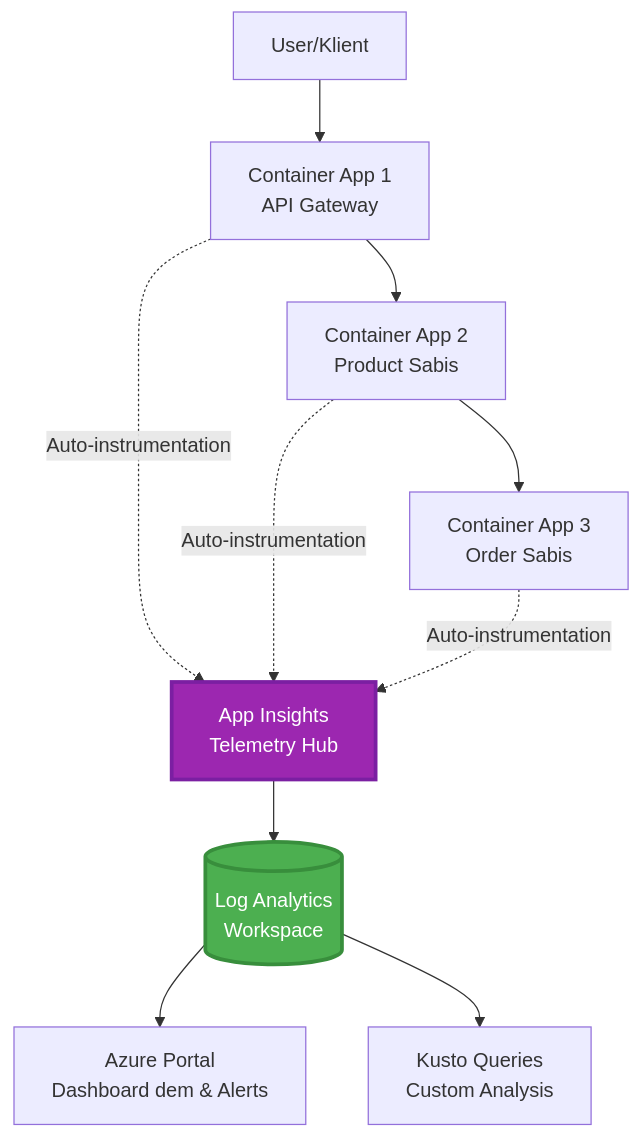
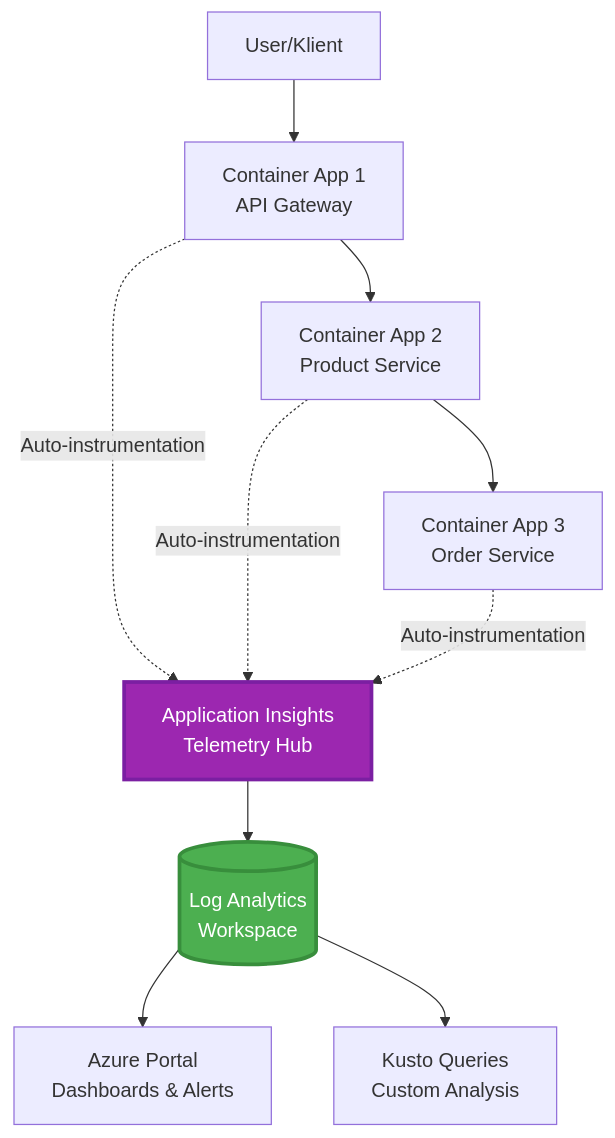
The first of 2 diagrams in translations/pcm/docs/chapter-06-pre-deployment/application-insights.md (microsoft/AZD-for-beginners), drawn with Mermaid before and after one commit. The commit also changed other lines of this file and 101 other files, not shown here.

````diff
--- a/translations/pcm/docs/chapter-06-pre-deployment/application-insights.md
+++ b/translations/pcm/docs/chapter-06-pre-deployment/application-insights.md
@@ -58,28 +58,28 @@
 ```mermaid
 graph TB
     User[User/Klient]
     App1[Container App 1<br/>API Gateway]
-    App2[Container App 2<br/>Product Sabis]
-    App3[Container App 3<br/>Order Sabis]
+    App2[Container App 2<br/>Product Service]
+    App3[Container App 3<br/>Order Service]
     
-    AppInsights[App Insights<br/>Telemetry Hub]
+    AppInsights[Application Insights<br/>Telemetry Hub]
     LogAnalytics[(Log Analytics<br/>Workspace)]
     
-    Portal[Azure Portal<br/>Dashboard dem & Alerts]
+    Portal[Azure Portal<br/>Dashboards & Alerts]
     Query[Kusto Queries<br/>Custom Analysis]
     
     User --> App1
     App1 --> App2
     App2 --> App3
     
     App1 -.->|Auto-instrumentation| AppInsights
     App2 -.->|Auto-instrumentation| AppInsights
     App3 -.->|Auto-instrumentation| AppInsights
     
     AppInsights --> LogAnalytics
     LogAnalytics --> Portal
     LogAnalytics --> Query
     
     style AppInsights fill:#9C27B0,stroke:#7B1FA2,stroke-width:3px,color:#fff
     style LogAnalytics fill:#4CAF50,stroke:#388E3C,stroke-width:3px,color:#fff
 ```
````
